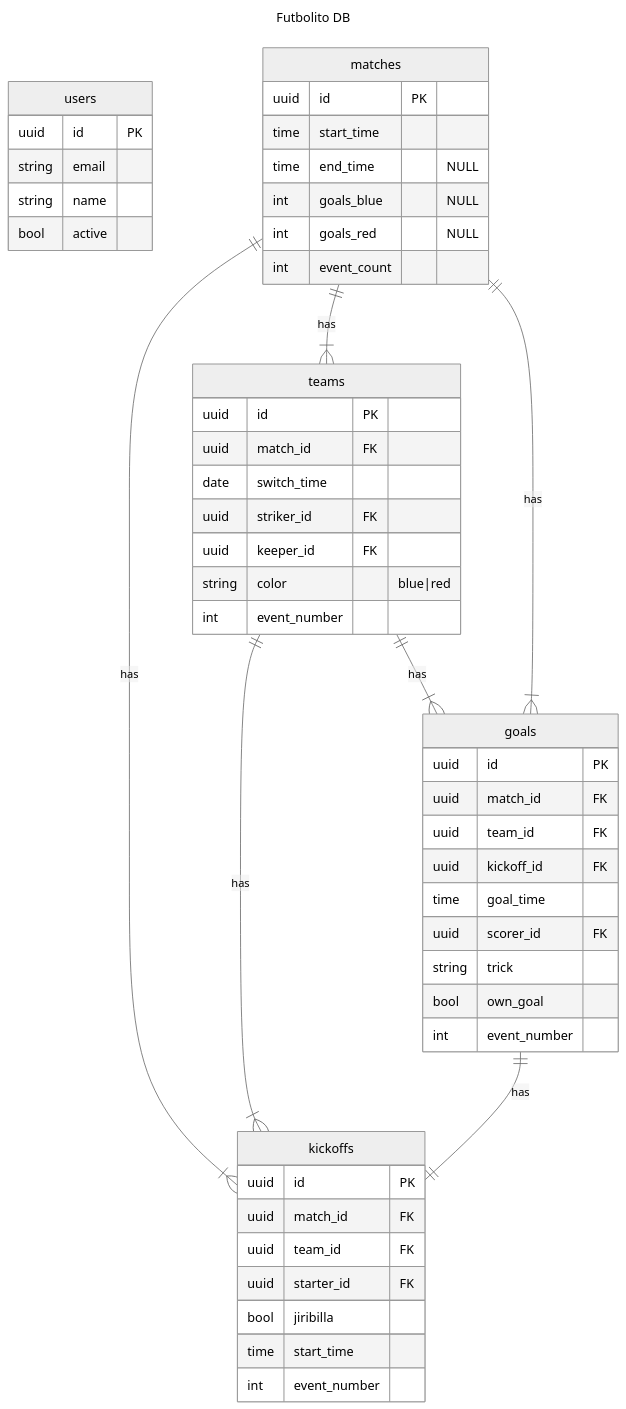
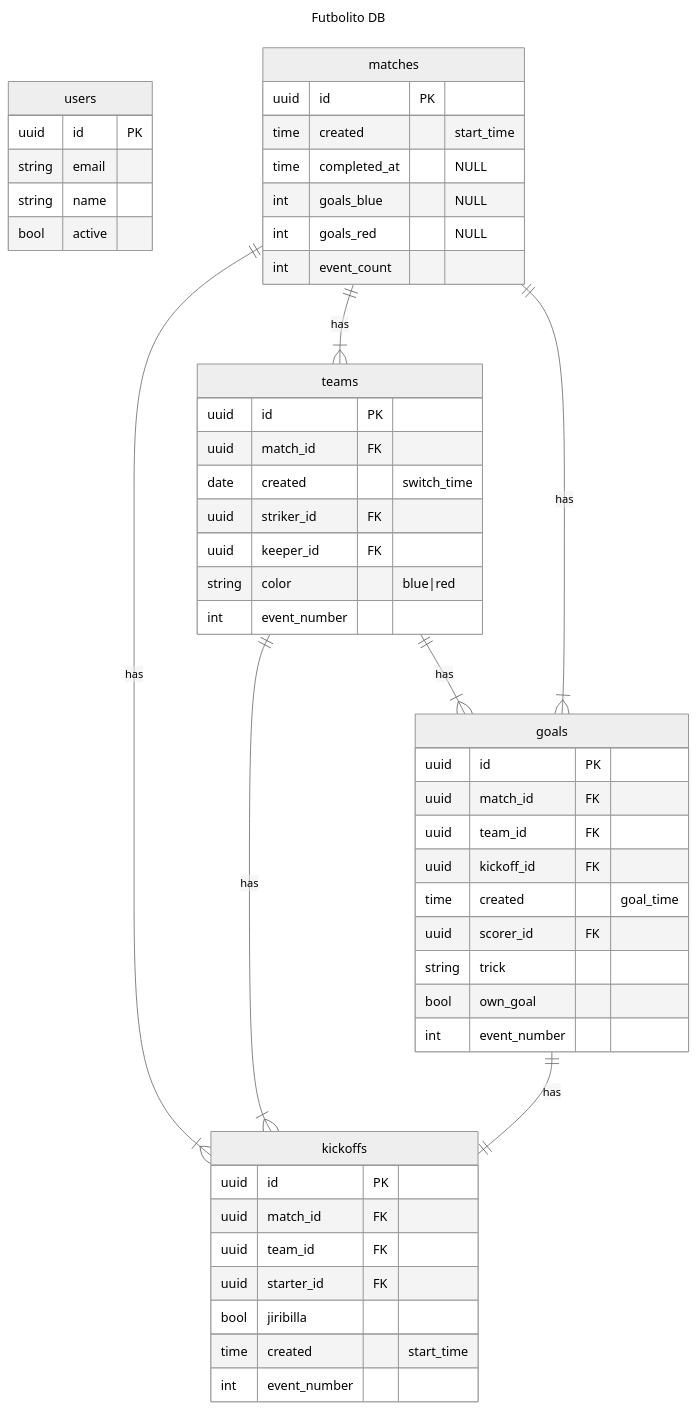
One commit to elCarlosHez/yaaa-tio changed the diagram in README.md. Above: the diagram before and after it, drawn with Mermaid (neutral theme). The commit also changed 7 other files, not shown here.

Commit message:
feat: create ver. 2 DB schema

````diff
--- a/README.md
+++ b/README.md
@@ -11,55 +11,55 @@
 ```mermaid
 ---
 title: Futbolito DB
 ---
 erDiagram
   users {
     uuid id PK
     string email
     string name 
     bool active
   }
   matches {
     uuid id PK
-    time start_time 
-    time end_time "NULL"
+    time created "start_time"
+    time completed_at "NULL"
     int goals_blue "NULL"
     int goals_red "NULL"
     int event_count
   }
   teams {
     uuid id PK
     uuid match_id FK 
-    date switch_time 
+    date created "switch_time"
     uuid striker_id FK 
     uuid keeper_id FK 
     string color "blue|red"
     int event_number
   }
   goals {
     uuid id PK
     uuid match_id FK
     uuid team_id FK 
     uuid kickoff_id FK 
-    time goal_time 
+    time created "goal_time" 
     uuid scorer_id FK
     string trick
     bool own_goal
     int event_number
   }
   kickoffs {
     uuid id PK
     uuid match_id FK
     uuid team_id FK
     uuid starter_id FK
     bool jiribilla 
-    time start_time 
+    time created "start_time" 
     int event_number
   }
   teams ||--|{ goals : has
   matches ||--|{ teams : has
   matches ||--|{ goals : has
   matches ||--|{ kickoffs : has
   teams ||--|{ kickoffs : has
   goals ||--|| kickoffs : has
 ```
````
